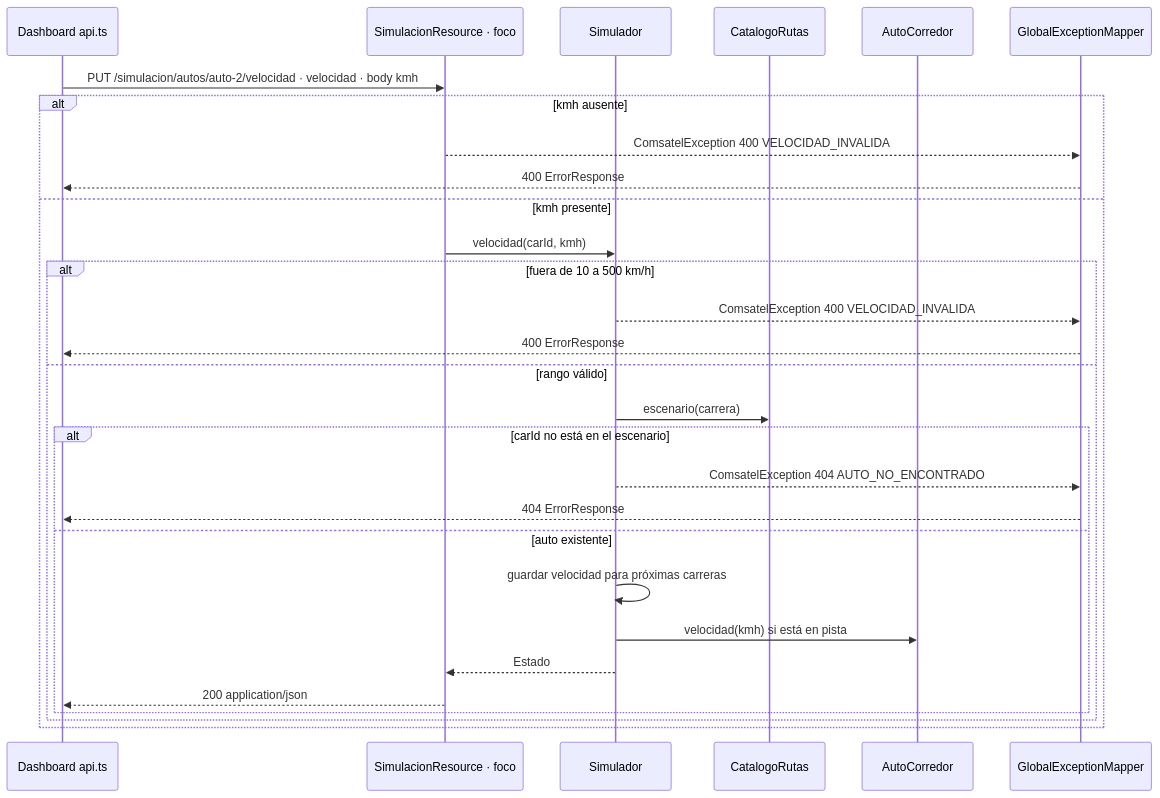
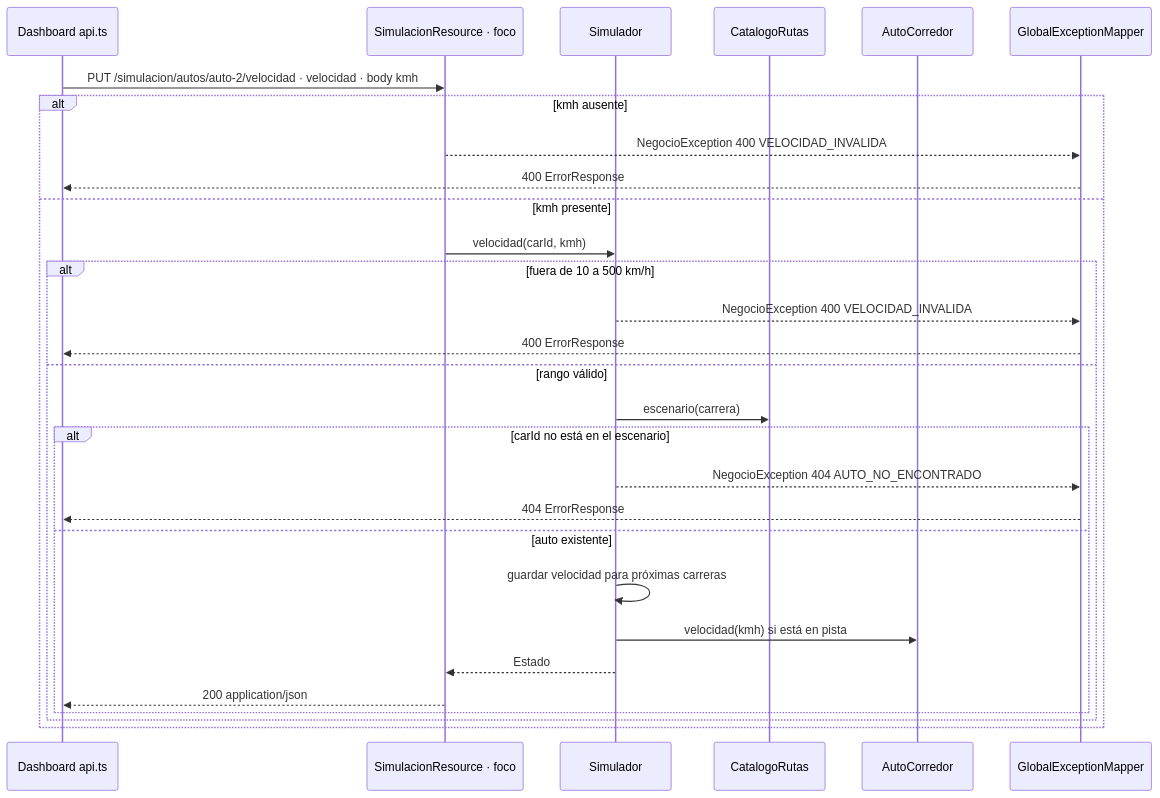
The diagram in docs/c4/diagrams/sequences/put-simulacion-autos-carid-velocidad.mmd (devbryan02/telemetry-flink-quarkus), drawn with Mermaid before and after one commit. The commit also changed 27 other files, not shown here.

```diff
--- a/docs/c4/diagrams/sequences/put-simulacion-autos-carid-velocidad.mmd
+++ b/docs/c4/diagrams/sequences/put-simulacion-autos-carid-velocidad.mmd
@@ -1,30 +1,30 @@
 %%{init: {'themeCSS': 'rect.actor{stroke:#616161;stroke-width:2px;} rect.actor[name="R"]{stroke:#B71C1C !important;stroke-width:4px !important;}'}}%%
 sequenceDiagram
   participant C as Dashboard api.ts
   participant R as SimulacionResource · foco
   participant S as Simulador
   participant CAT as CatalogoRutas
   participant A as AutoCorredor
   participant E as GlobalExceptionMapper
   C->>R: PUT /simulacion/autos/auto-2/velocidad · velocidad · body kmh
   alt kmh ausente
-    R-->>E: ComsatelException 400 VELOCIDAD_INVALIDA
+    R-->>E: NegocioException 400 VELOCIDAD_INVALIDA
     E-->>C: 400 ErrorResponse
   else kmh presente
     R->>S: velocidad(carId, kmh)
     alt fuera de 10 a 500 km/h
-      S-->>E: ComsatelException 400 VELOCIDAD_INVALIDA
+      S-->>E: NegocioException 400 VELOCIDAD_INVALIDA
       E-->>C: 400 ErrorResponse
     else rango válido
       S->>CAT: escenario(carrera)
       alt carId no está en el escenario
-        S-->>E: ComsatelException 404 AUTO_NO_ENCONTRADO
+        S-->>E: NegocioException 404 AUTO_NO_ENCONTRADO
         E-->>C: 404 ErrorResponse
       else auto existente
         S->>S: guardar velocidad para próximas carreras
         S->>A: velocidad(kmh) si está en pista
         S-->>R: Estado
         R-->>C: 200 application/json
       end
     end
   end
```
